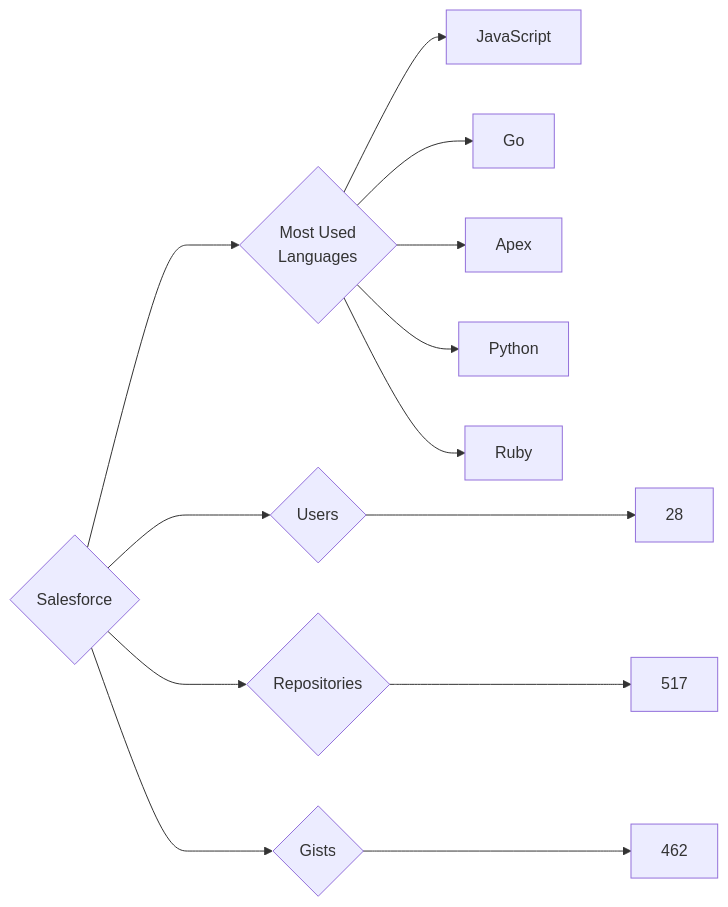
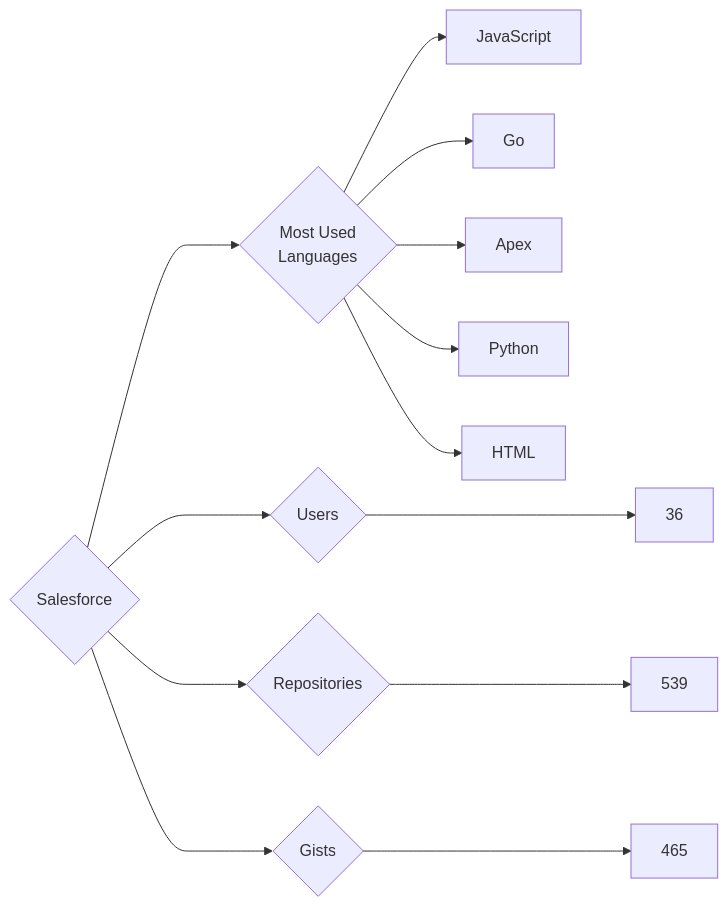
The diagram in targets/Salesforce/README.md (trickest/insiders), drawn with Mermaid before and after one commit. The commit also changed 1696 other files, not shown here.

````diff
--- a/targets/Salesforce/README.md
+++ b/targets/Salesforce/README.md
@@ -3,13 +3,13 @@
 ```mermaid
 graph LR
 COMPANY_NAME{Salesforce}
-COMPANY_NAME ---> U{Users} ---> UN[28]
-COMPANY_NAME ---> R{Repositories} ---> RN[517]
-COMPANY_NAME ---> G{Gists} ---> GN[462]
+COMPANY_NAME ---> U{Users} ---> UN[36]
+COMPANY_NAME ---> R{Repositories} ---> RN[539]
+COMPANY_NAME ---> G{Gists} ---> GN[465]
 COMPANY_NAME ---> ML{Most Used<br>Languages}
 ML --> JavaScript[JavaScript]
 ML --> Go[Go]
 ML --> Apex[Apex]
 ML --> Python[Python]
-ML --> Ruby[Ruby]
+ML --> HTML[HTML]
 ```
````
